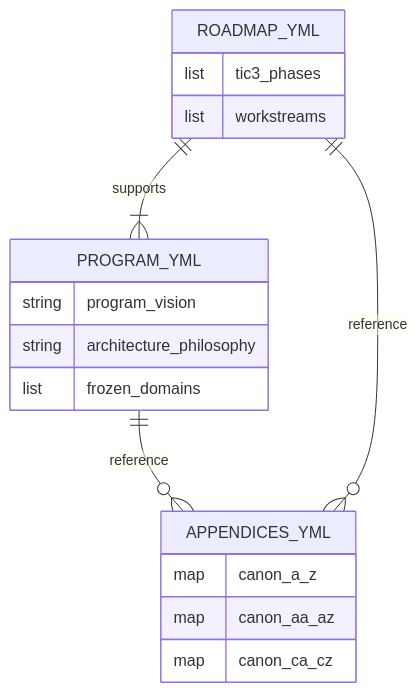
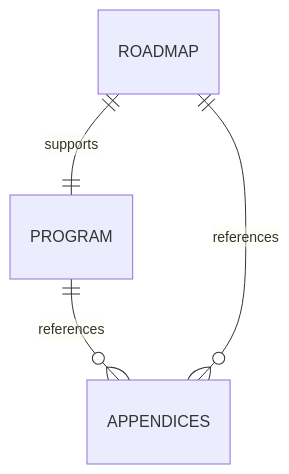
The seventh of 12 diagrams in diagram-review.md (WhalerMike/uiao), drawn with Mermaid before and after one commit. The commit also changed other lines of this file, not shown here.

Commit message:
Simplify all 12 Mermaid diagrams to vanilla syntax for GitHub compatibility

````diff
--- a/diagram-review.md
+++ b/diagram-review.md
@@ -168,21 +93,6 @@
 ```mermaid
 erDiagram
-  PROGRAM_YML {
-    string program_vision
-    string architecture_philosophy
-    list frozen_domains
-  }
-  ROADMAP_YML {
-    list tic3_phases
-    list workstreams
-  }
-  APPENDICES_YML {
-    map canon_a_z
-    map canon_aa_az
-    map canon_ca_cz
-  }
-
-  PROGRAM_YML ||--o{ APPENDICES_YML : reference
-  ROADMAP_YML ||--o{ APPENDICES_YML : reference
-  ROADMAP_YML ||--|{ PROGRAM_YML : supports
+    PROGRAM ||--o{ APPENDICES : references
+    ROADMAP ||--o{ APPENDICES : references
+    ROADMAP ||--|| PROGRAM : supports
 ```
````
